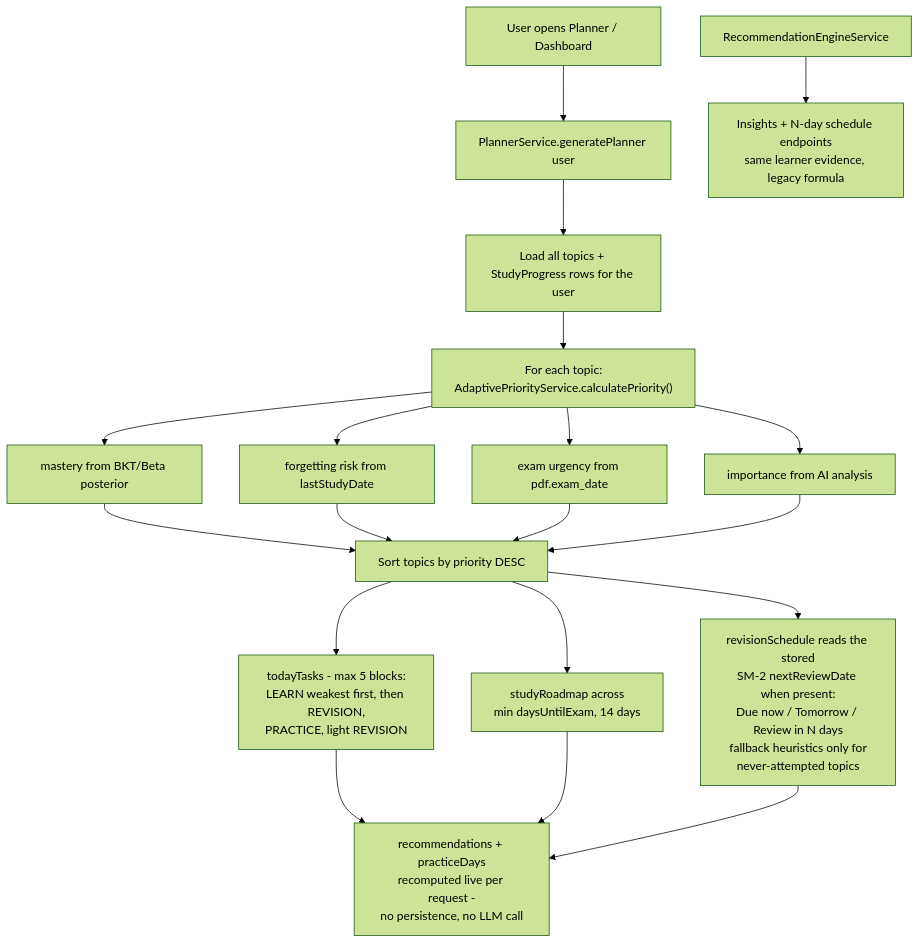
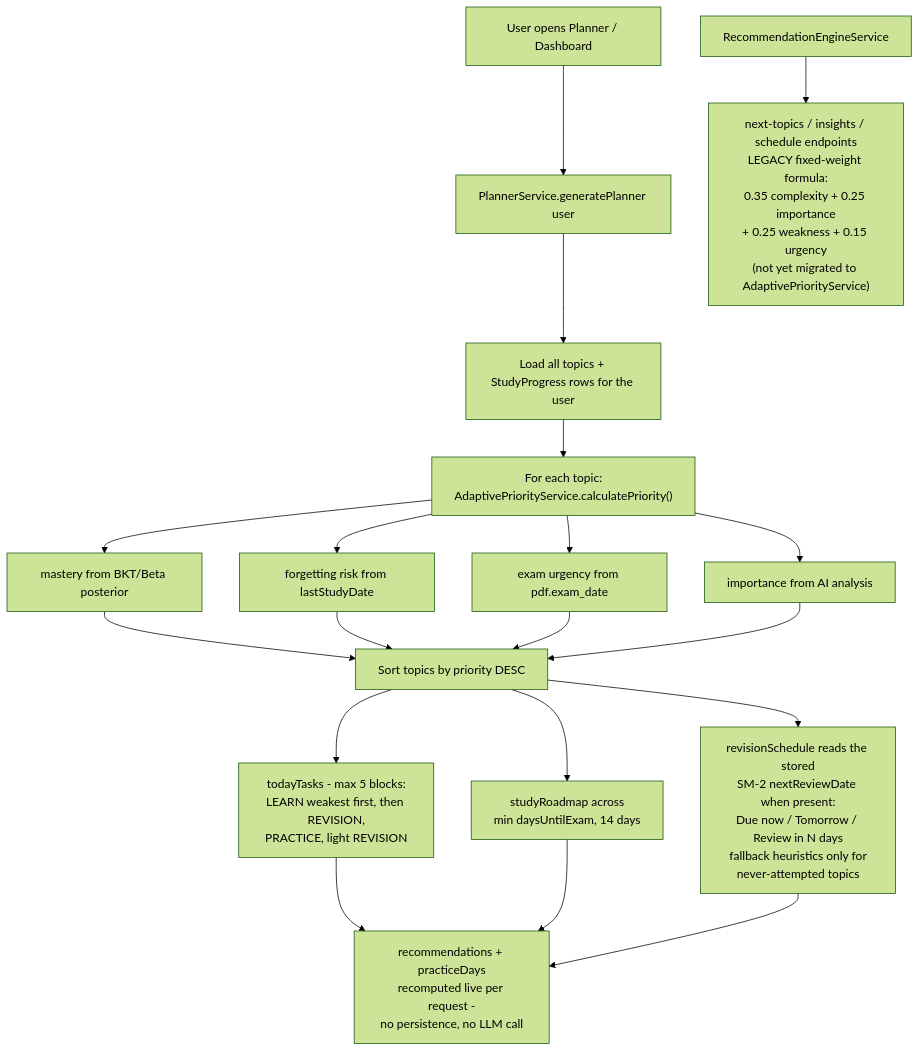
Before and after one commit to itsujwal11/aiStudyPlanner: the fifth of 5 diagrams in docs/WORKFLOW.md, drawn with Mermaid (forest theme). The commit also changed other lines of this file and 20 other files, not shown here.

````diff
--- a/docs/WORKFLOW.md
+++ b/docs/WORKFLOW.md
@@ -295,17 +440,17 @@
 ```mermaid
 flowchart TD
     A[User opens Planner / Dashboard] --> B[PlannerService.generatePlanner user]
     B --> C[Load all topics + StudyProgress rows for the user]
     C --> D["For each topic:<br/>AdaptivePriorityService.calculatePriority()"]
     D --> E1[mastery from BKT/Beta posterior]
     D --> E2[forgetting risk from lastStudyDate]
     D --> E3[exam urgency from pdf.exam_date]
     D --> E4[importance from AI analysis]
     E1 & E2 & E3 & E4 --> F[Sort topics by priority DESC]
     F --> G["todayTasks - max 5 blocks:<br/>LEARN weakest first, then REVISION,<br/>PRACTICE, light REVISION"]
     F --> H["studyRoadmap across<br/>min daysUntilExam, 14 days"]
     F --> I["revisionSchedule reads the stored<br/>SM-2 nextReviewDate when present:<br/>Due now / Tomorrow / Review in N days<br/>fallback heuristics only for<br/>never-attempted topics"]
     G & H & I --> J["recommendations + practiceDays<br/>recomputed live per request -<br/>no persistence, no LLM call"]
 
-    K[RecommendationEngineService] --> L["Insights + N-day schedule endpoints<br/>same learner evidence, legacy formula"]
+    K[RecommendationEngineService] --> L["next-topics / insights / schedule endpoints<br/>LEGACY fixed-weight formula:<br/>0.35 complexity + 0.25 importance<br/>+ 0.25 weakness + 0.15 urgency<br/>(not yet migrated to AdaptivePriorityService)"]
 ```
````
